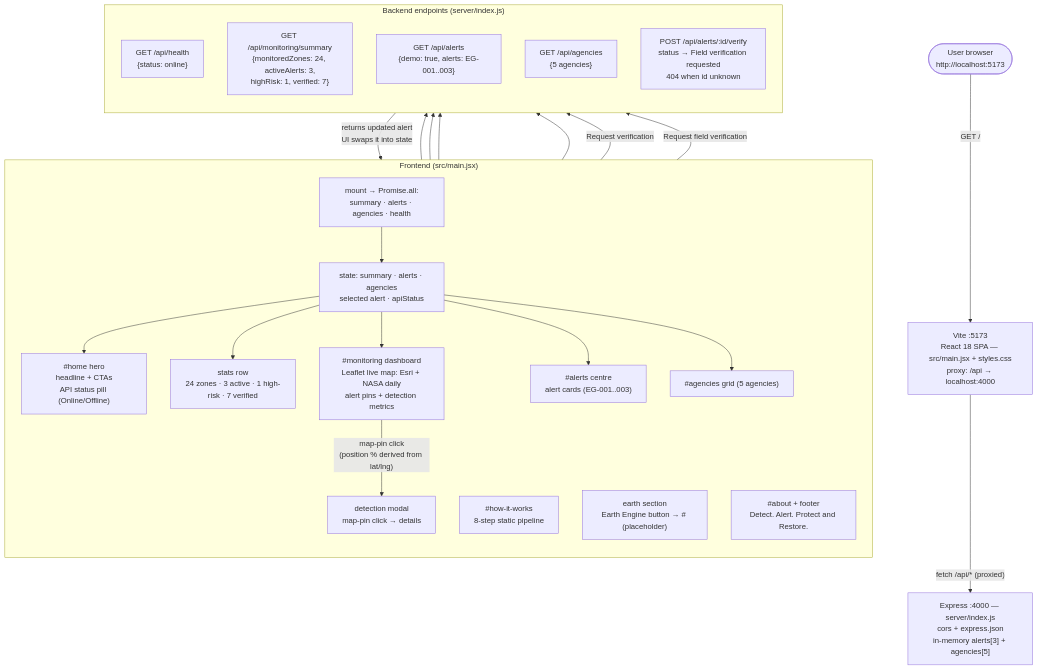
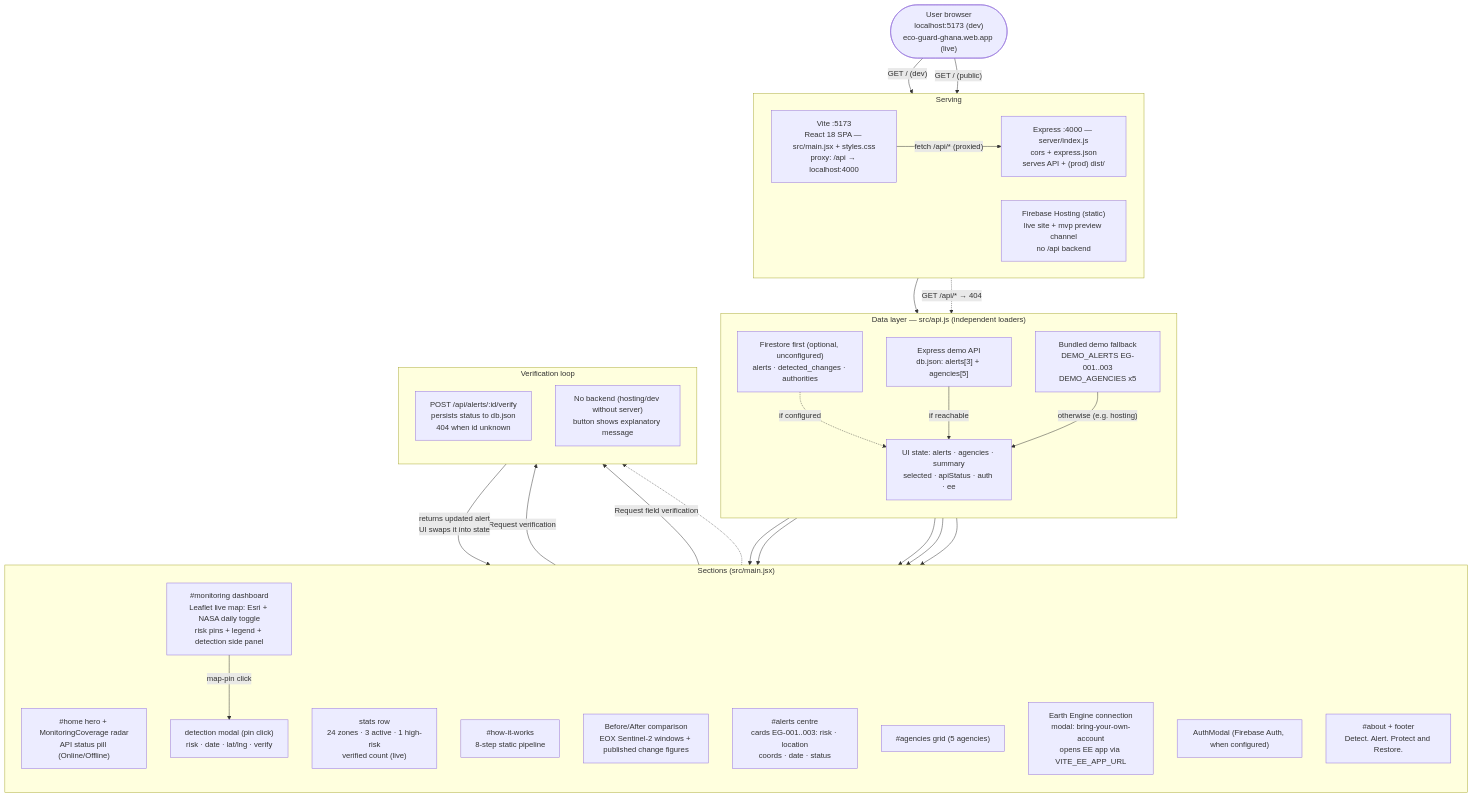
The first of 5 diagrams in ARCHITECTURE.md (IRONBOY7/EcoGuard-Ghana), drawn with Mermaid before and after one commit. The commit also changed other lines of this file, not shown here.

Commit message:
docs: refresh architecture flowchart to as-built state
Section 1 diagram now shows JSON persistence, Firestore-first/demo-API/bundled-fallback data layer, independent loaders, Before/After + Earth Engine modal + AuthModal sections, verification loop, and Firebase hosting. Section 2 table updated for built items.

````diff
--- a/ARCHITECTURE.md
+++ b/ARCHITECTURE.md
@@ -19,49 +25,62 @@
 ```mermaid
 flowchart TB
-  Browser(["User browser<br/>http://localhost:5173"])
-  Vite["Vite :5173<br/>React 18 SPA — src/main.jsx + styles.css<br/>proxy: /api → localhost:4000"]
-  API["Express :4000 — server/index.js<br/>cors + express.json<br/>in-memory alerts[3] + agencies[5]"]
+  Browser(["User browser<br/>localhost:5173 (dev)<br/>eco-guard-ghana.web.app (live)"])
 
-  Browser -->|"GET /"| Vite
-  Vite -->|"fetch /api/* (proxied)"| API
-
-  subgraph Frontend["Frontend (src/main.jsx)"]
-    direction TB
-    Mount["mount → Promise.all:<br/>summary · alerts · agencies · health"]
-    State["state: summary · alerts · agencies<br/>selected alert · apiStatus"]
-    Hero["#home hero<br/>headline + CTAs<br/>API status pill (Online/Offline)"]
-    Stats["stats row<br/>24 zones · 3 active · 1 high-risk · 7 verified"]
-    How["#how-it-works<br/>8-step static pipeline"]
-    Dash["#monitoring dashboard<br/>Leaflet live map: Esri + NASA daily<br/>alert pins + detection metrics"]
-    AlertsUI["#alerts centre<br/>alert cards (EG-001..003)"]
-    AgenciesUI["#agencies grid (5 agencies)"]
-    Earth["earth section<br/>Earth Engine button → # (placeholder)"]
-    About["#about + footer<br/>Detect. Alert. Protect and Restore."]
-    Modal["detection modal<br/>map-pin click → details"]
+  subgraph Serve["Serving"]
+    direction LR
+    Vite["Vite :5173<br/>React 18 SPA — src/main.jsx + styles.css<br/>proxy: /api → localhost:4000"]
+    Expr["Express :4000 — server/index.js<br/>cors + express.json<br/>serves API + (prod) dist/"]
+    Host["Firebase Hosting (static)<br/>live site + mvp preview channel<br/>no /api backend"]
   end
 
-  Mount --> State
+  Browser -->|"GET / (dev)"| Vite
+  Browser -->|"GET / (public)"| Host
+  Vite -->|"fetch /api/* (proxied)"| Expr
+
+  subgraph Data["Data layer — src/api.js (independent loaders)"]
+    direction TB
+    FS["Firestore first (optional, unconfigured)<br/>alerts · detected_changes · authorities"]
+    EXAPI["Express demo API<br/>db.json: alerts[3] + agencies[5]"]
+    BUND["Bundled demo fallback<br/>DEMO_ALERTS EG-001..003<br/>DEMO_AGENCIES x5"]
+    State["UI state: alerts · agencies · summary<br/>selected · apiStatus · auth · ee"]
+    FS -.->|"if configured"| State
+    EXAPI -->|"if reachable"| State
+    BUND -->|"otherwise (e.g. hosting)"| State
+  end
+
+  Expr --> EXAPI
+  Host -.->|"GET /api/* → 404"| BUND
+
+  subgraph UI["Sections (src/main.jsx)"]
+    direction TB
+    Hero["#home hero + MonitoringCoverage radar<br/>API status pill (Online/Offline)"]
+    Stats["stats row<br/>24 zones · 3 active · 1 high-risk<br/>verified count (live)"]
+    How["#how-it-works<br/>8-step static pipeline"]
+    Dash["#monitoring dashboard<br/>Leaflet live map: Esri + NASA daily toggle<br/>risk pins + legend + detection side panel"]
+    BA["Before/After comparison<br/>EOX Sentinel-2 windows + published change figures"]
+    Alerts["#alerts centre<br/>cards EG-001..003: risk · location<br/>coords · date · status"]
+    Agencies["#agencies grid (5 agencies)"]
+    EE["Earth Engine connection<br/>modal: bring-your-own-account<br/>opens EE app via VITE_EE_APP_URL"]
+    Modal["detection modal (pin click)<br/>risk · date · lat/lng · verify"]
+    Auth["AuthModal (Firebase Auth, when configured)"]
+    About["#about + footer<br/>Detect. Alert. Protect and Restore."]
+  end
+
   State --> Hero
   State --> Stats
   State --> Dash
-  State --> AlertsUI
-  State --> AgenciesUI
-  Dash -->|"map-pin click<br/>(position % derived from lat/lng)"| Modal
+  State --> Alerts
+  State --> Agencies
+  Dash -->|"map-pin click"| Modal
 
-  subgraph Endpoints["Backend endpoints (server/index.js)"]
+  subgraph VerifyLoop["Verification loop"]
     direction TB
-    H["GET /api/health<br/>{status: online}"]
-    S["GET /api/monitoring/summary<br/>{monitoredZones: 24, activeAlerts: 3,<br/>highRisk: 1, verified: 7}"]
-    A["GET /api/alerts<br/>{demo: true, alerts: EG-001..003}"]
-    G["GET /api/agencies<br/>{5 agencies}"]
-    V["POST /api/alerts/:id/verify<br/>status → Field verification requested<br/>404 when id unknown"]
+    V["POST /api/alerts/:id/verify<br/>persists status to db.json<br/>404 when id unknown"]
+    FB["No backend (hosting/dev without server)<br/>button shows explanatory message"]
   end
 
-  Mount --> H
-  Mount --> S
-  Mount --> A
-  Mount --> G
-  AlertsUI -->|"Request verification"| V
+  Alerts -->|"Request verification"| V
   Modal -->|"Request field verification"| V
-  V -->|"returns updated alert<br/>UI swaps it into state"| AlertsUI
+  V -->|"returns updated alert<br/>UI swaps it into state"| Alerts
+  Alerts -.-> FB
 ```
````
